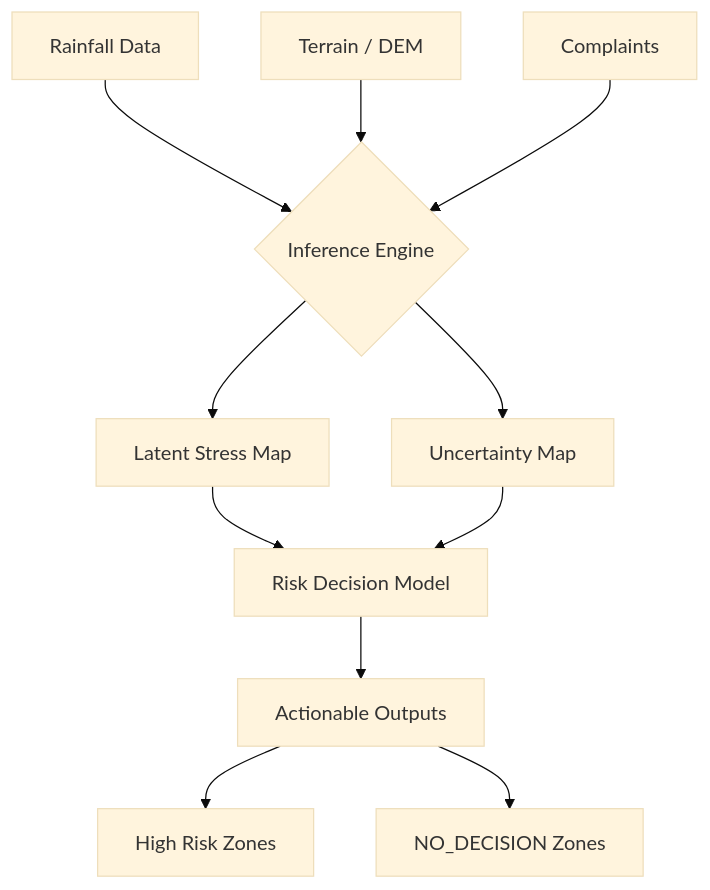
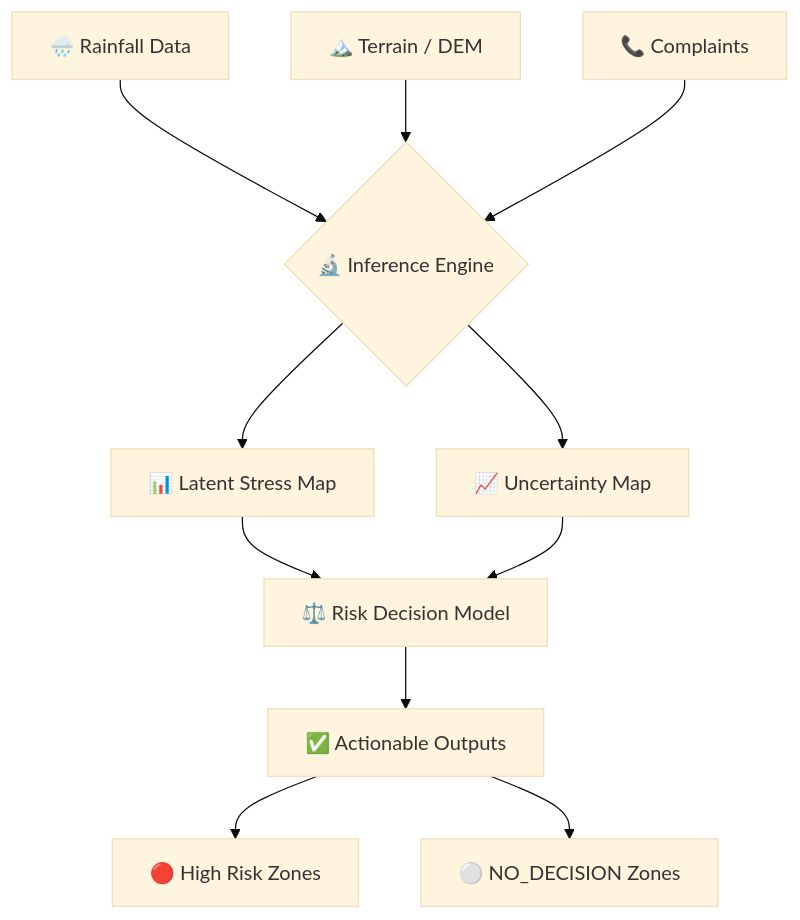
One commit to imshivanshutiwari/urban-drainage-stress changed the diagram in README.md. Above: the diagram before and after it, drawn with Mermaid (base theme). The commit also changed other lines of this file, not shown here.

````diff
--- a/README.md
+++ b/README.md
@@ -19,16 +38,16 @@
 ```mermaid
 graph TD
-    A[Rainfall Data] --> C{Inference Engine}
-    B[Terrain / DEM] --> C
-    D[Complaints] --> C
+    A[🌧️ Rainfall Data] --> C{🔬 Inference Engine}
+    B[🏔️ Terrain / DEM] --> C
+    D[📞 Complaints] --> C
     
-    C --> E[Latent Stress Map]
-    C --> F[Uncertainty Map]
+    C --> E[📊 Latent Stress Map]
+    C --> F[📈 Uncertainty Map]
     
-    E --> G[Risk Decision Model]
+    E --> G[⚖️ Risk Decision Model]
     F --> G
     
-    G --> H[Actionable Outputs]
-    H --> I[High Risk Zones]
-    H --> J[NO_DECISION Zones]
+    G --> H[✅ Actionable Outputs]
+    H --> I[🔴 High Risk Zones]
+    H --> J[⚪ NO_DECISION Zones]
 ```
````
